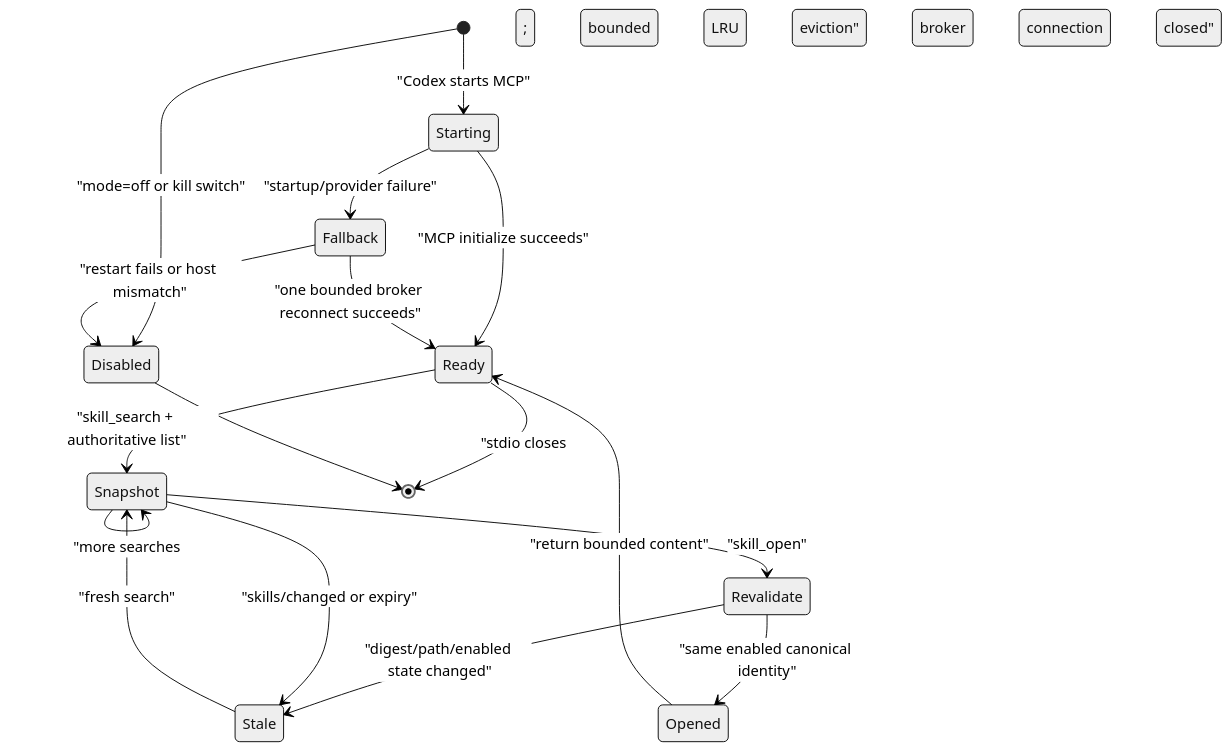
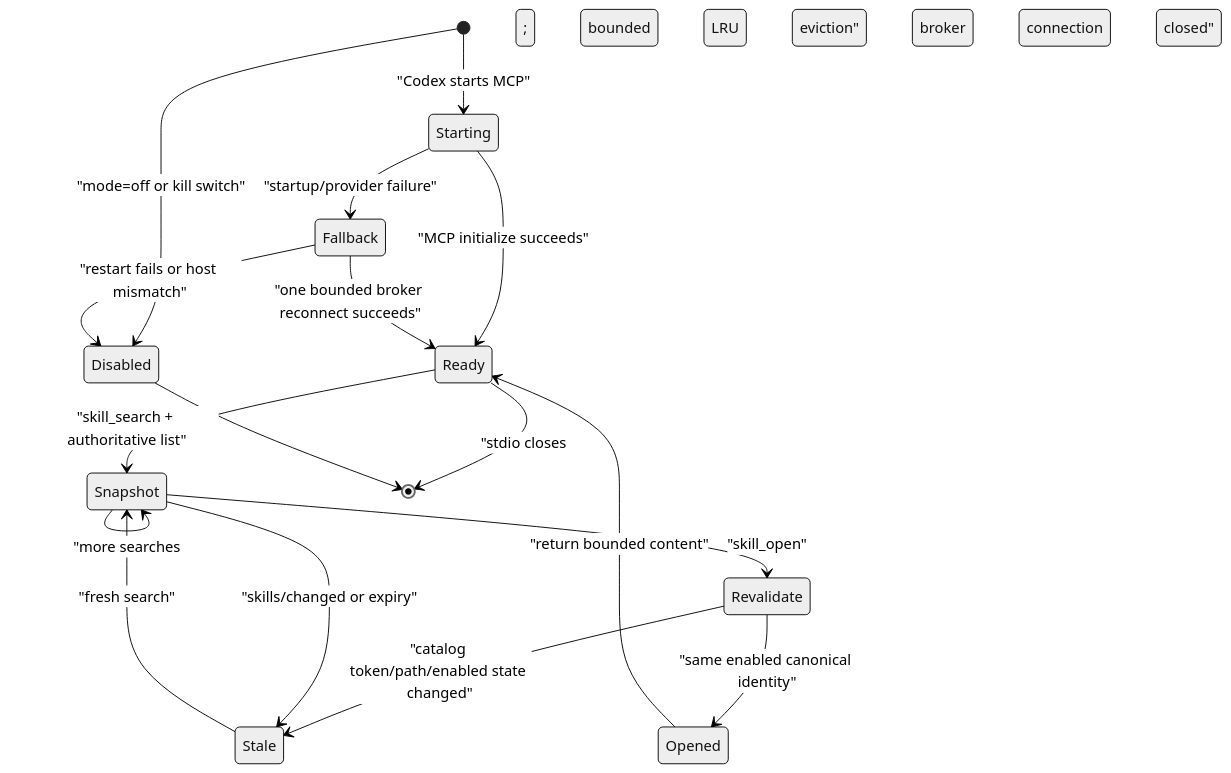
Before and after one commit to novotnyllc/agent-utilities: the third of 4 diagrams in docs/plans/2026-08-04-005-feat-just-in-time-skill-routing-plan.md, drawn with Mermaid (neutral theme). The commit also changed other lines of this file, not shown here.

````diff
--- a/docs/plans/2026-08-04-005-feat-just-in-time-skill-routing-plan.md
+++ b/docs/plans/2026-08-04-005-feat-just-in-time-skill-routing-plan.md
@@ -454,19 +465,19 @@
 ```mermaid
 stateDiagram-v2
     [*] --> Disabled: "mode=off or kill switch"
     [*] --> Starting: "Codex starts MCP"
     Starting --> Ready: "MCP initialize succeeds"
     Starting --> Fallback: "startup/provider failure"
     Ready --> Snapshot: "skill_search + authoritative list"
     Snapshot --> Snapshot: "more searches; bounded LRU eviction"
     Snapshot --> Revalidate: "skill_open"
     Revalidate --> Opened: "same enabled canonical identity"
-    Revalidate --> Stale: "digest/path/enabled state changed"
+    Revalidate --> Stale: "catalog token/path/enabled state changed"
     Snapshot --> Stale: "skills/changed or expiry"
     Stale --> Snapshot: "fresh search"
     Opened --> Ready: "return bounded content"
     Fallback --> Ready: "one bounded broker reconnect succeeds"
     Fallback --> Disabled: "restart fails or host mismatch"
     Ready --> [*]: "stdio closes; broker connection closed"
     Disabled --> [*]
 ```
````
